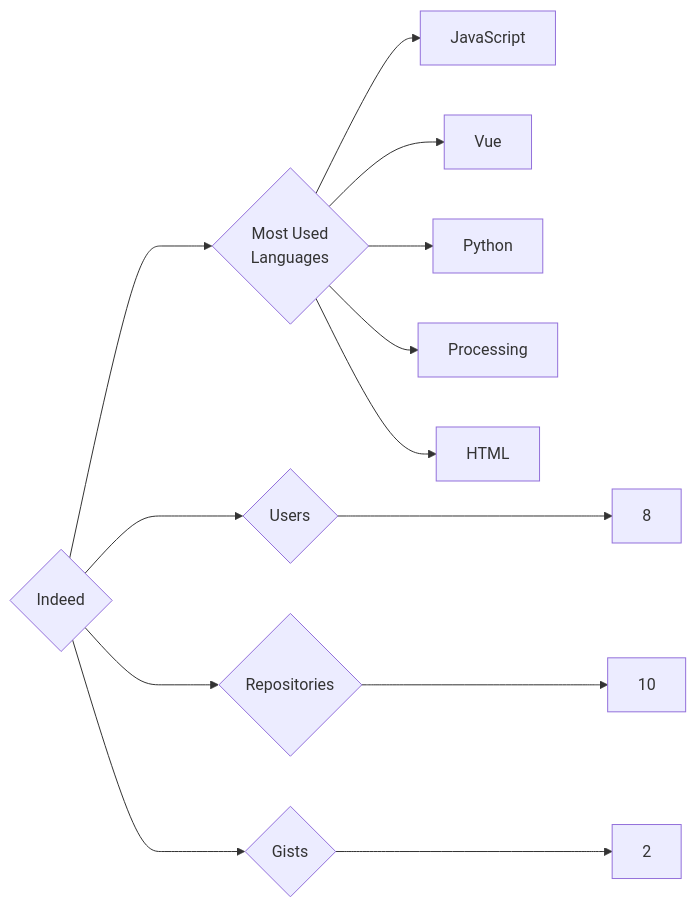
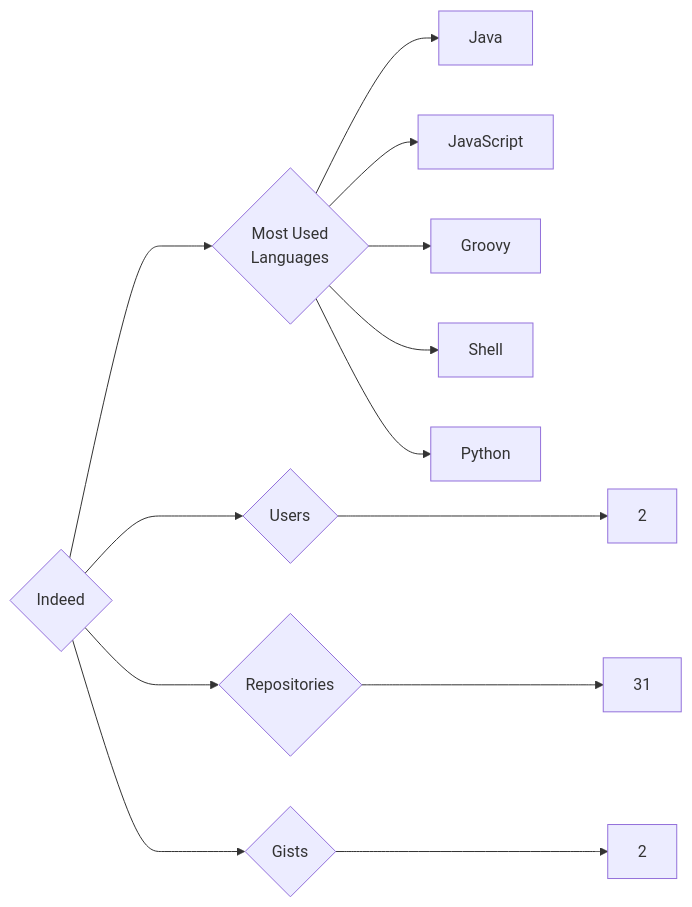
The diagram in targets/Indeed/README.md (trickest/insiders), drawn with Mermaid before and after one commit. The commit also changed 682 other files, not shown here.

````diff
--- a/targets/Indeed/README.md
+++ b/targets/Indeed/README.md
@@ -3,13 +3,13 @@
 ```mermaid
 graph LR
 COMPANY_NAME{Indeed}
-COMPANY_NAME ---> U{Users} ---> UN[8]
-COMPANY_NAME ---> R{Repositories} ---> RN[10]
+COMPANY_NAME ---> U{Users} ---> UN[2]
+COMPANY_NAME ---> R{Repositories} ---> RN[31]
 COMPANY_NAME ---> G{Gists} ---> GN[2]
 COMPANY_NAME ---> ML{Most Used<br>Languages}
+ML --> Java[Java]
 ML --> JavaScript[JavaScript]
-ML --> Vue[Vue]
+ML --> Groovy[Groovy]
+ML --> Shell[Shell]
 ML --> Python[Python]
-ML --> Processing[Processing]
-ML --> HTML[HTML]
 ```
````
